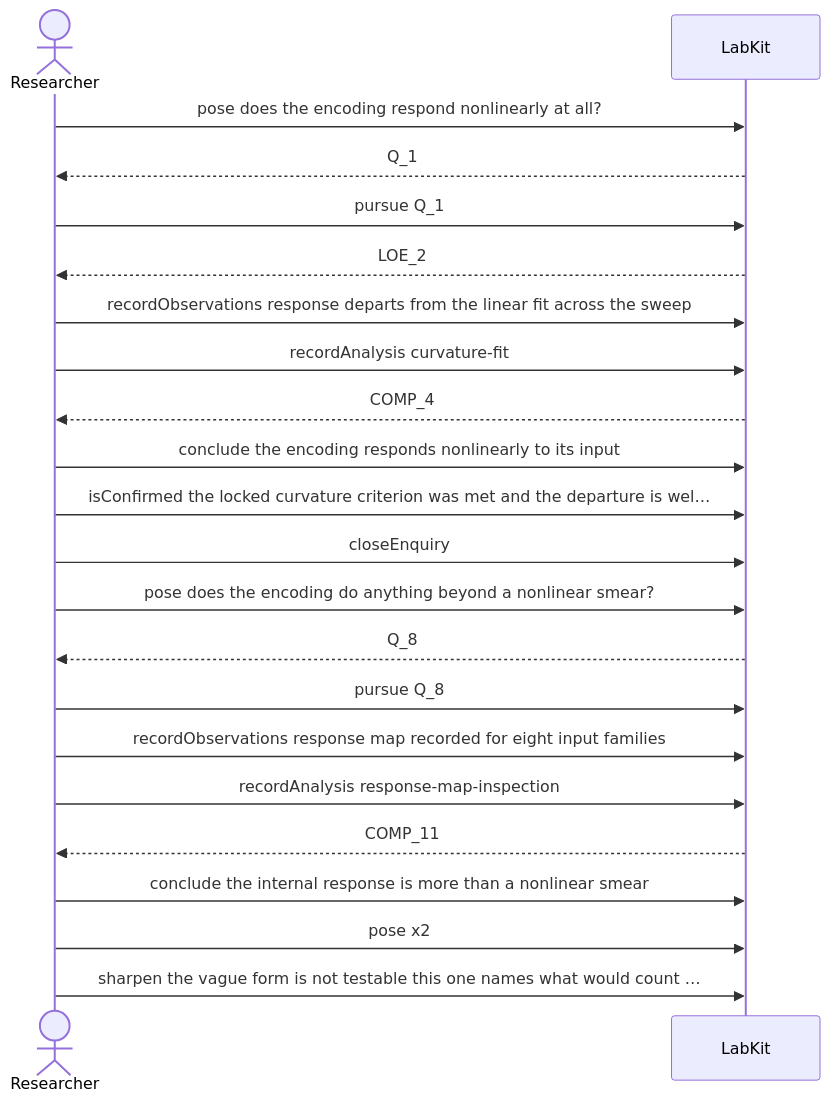
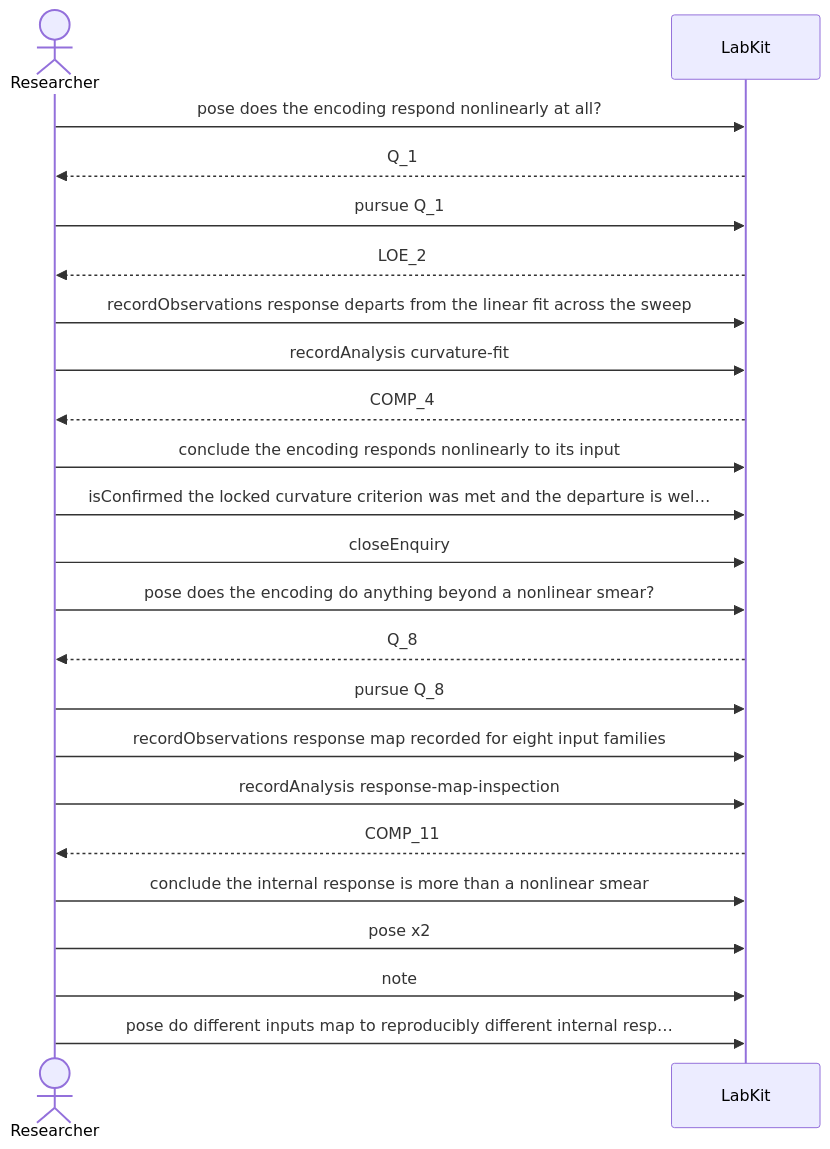
The diagram in docs/scenarios/S-1.md (danbarua/labkit), drawn with Mermaid before and after one commit. The commit also changed other lines of this file and 99 other files, not shown here.

````diff
--- a/docs/scenarios/S-1.md
+++ b/docs/scenarios/S-1.md
@@ -7,24 +7,25 @@
 ```mermaid
 sequenceDiagram
     actor Researcher
     participant R as LabKit
     Researcher->>R: pose does the encoding respond nonlinearly at all?
     R-->>Researcher: Q_1
     Researcher->>R: pursue Q_1
     R-->>Researcher: LOE_2
     Researcher->>R: recordObservations response departs from the linear fit across the sweep
     Researcher->>R: recordAnalysis curvature-fit
     R-->>Researcher: COMP_4
     Researcher->>R: conclude the encoding responds nonlinearly to its input
     Researcher->>R: isConfirmed the locked curvature criterion was met and the departure is wel…
     Researcher->>R: closeEnquiry
     Researcher->>R: pose does the encoding do anything beyond a nonlinear smear?
     R-->>Researcher: Q_8
     Researcher->>R: pursue Q_8
     Researcher->>R: recordObservations response map recorded for eight input families
     Researcher->>R: recordAnalysis response-map-inspection
     R-->>Researcher: COMP_11
     Researcher->>R: conclude the internal response is more than a nonlinear smear
     Researcher->>R: pose x2
-    Researcher->>R: sharpen the vague form is not testable this one names what would count …
+    Researcher->>R: note
+    Researcher->>R: pose do different inputs map to reproducibly different internal resp…
 ```
````
